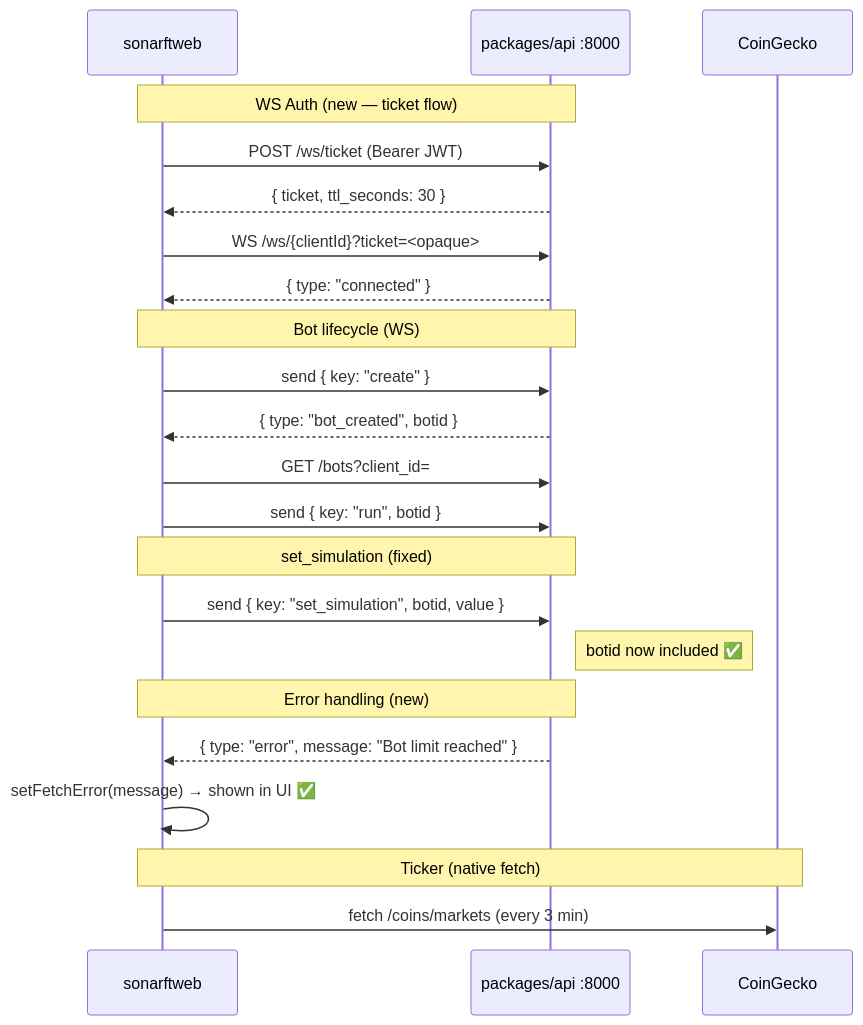
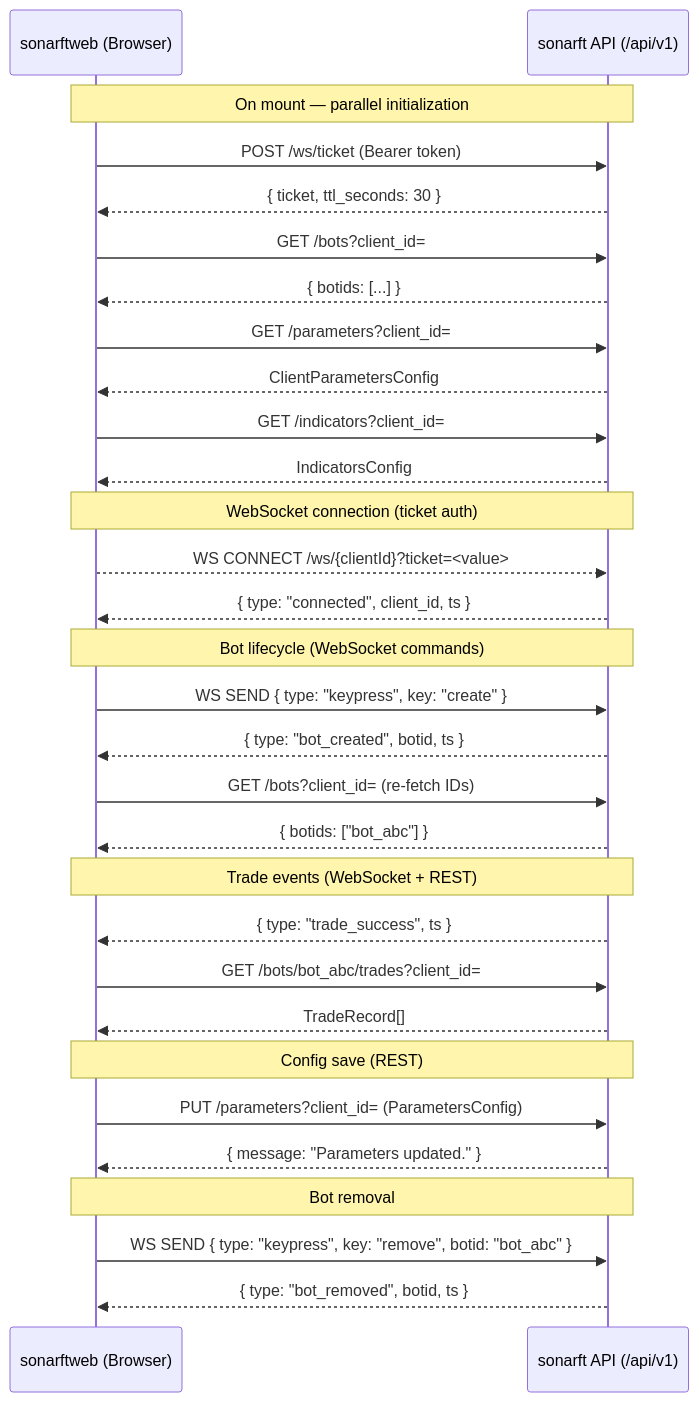
One commit to jreinaldodasilva/sonarft-monorepo changed the diagram in packages/web/docs/api-integration/sonarft-integration.md. Above: the diagram before and after it, drawn with Mermaid. The commit also changed other lines of this file and 11 other files, not shown here.

````diff
--- a/packages/web/docs/api-integration/sonarft-integration.md
+++ b/packages/web/docs/api-integration/sonarft-integration.md
@@ -163,29 +396,47 @@
 ```mermaid
 sequenceDiagram
-    participant Browser as sonarftweb
-    participant API as packages/api :8000
-    participant CG as CoinGecko
+    participant W as sonarftweb (Browser)
+    participant A as sonarft API (/api/v1)
 
-    Note over Browser,API: WS Auth (new — ticket flow)
-    Browser->>API: POST /ws/ticket (Bearer JWT)
-    API-->>Browser: { ticket, ttl_seconds: 30 }
-    Browser->>API: WS /ws/{clientId}?ticket=<opaque>
-    API-->>Browser: { type: "connected" }
+    Note over W,A: On mount — parallel initialization
 
-    Note over Browser,API: Bot lifecycle (WS)
-    Browser->>API: send { key: "create" }
-    API-->>Browser: { type: "bot_created", botid }
-    Browser->>API: GET /bots?client_id=
-    Browser->>API: send { key: "run", botid }
+    W->>A: POST /ws/ticket (Bearer token)
+    A-->>W: { ticket, ttl_seconds: 30 }
 
-    Note over Browser,API: set_simulation (fixed)
-    Browser->>API: send { key: "set_simulation", botid, value }
-    Note right of API: botid now included ✅
+    W->>A: GET /bots?client_id=
+    A-->>W: { botids: [...] }
 
-    Note over Browser,API: Error handling (new)
-    API-->>Browser: { type: "error", message: "Bot limit reached" }
-    Browser->>Browser: setFetchError(message) → shown in UI ✅
+    W->>A: GET /parameters?client_id=
+    A-->>W: ClientParametersConfig
 
-    Note over Browser,CG: Ticker (native fetch)
-    Browser->>CG: fetch /coins/markets (every 3 min)
+    W->>A: GET /indicators?client_id=
+    A-->>W: IndicatorsConfig
+
+    Note over W,A: WebSocket connection (ticket auth)
+
+    W-->>A: WS CONNECT /ws/{clientId}?ticket=<value>
+    A-->>W: { type: "connected", client_id, ts }
+
+    Note over W,A: Bot lifecycle (WebSocket commands)
+
+    W->>A: WS SEND { type: "keypress", key: "create" }
+    A-->>W: { type: "bot_created", botid, ts }
+    W->>A: GET /bots?client_id= (re-fetch IDs)
+    A-->>W: { botids: ["bot_abc"] }
+
+    Note over W,A: Trade events (WebSocket + REST)
+
+    A-->>W: { type: "trade_success", ts }
+    W->>A: GET /bots/bot_abc/trades?client_id=
+    A-->>W: TradeRecord[]
+
+    Note over W,A: Config save (REST)
+
+    W->>A: PUT /parameters?client_id= (ParametersConfig)
+    A-->>W: { message: "Parameters updated." }
+
+    Note over W,A: Bot removal
+
+    W->>A: WS SEND { type: "keypress", key: "remove", botid: "bot_abc" }
+    A-->>W: { type: "bot_removed", botid, ts }
 ```
````
